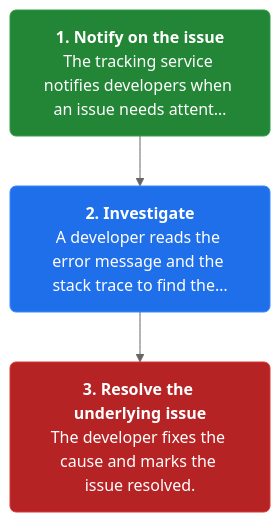
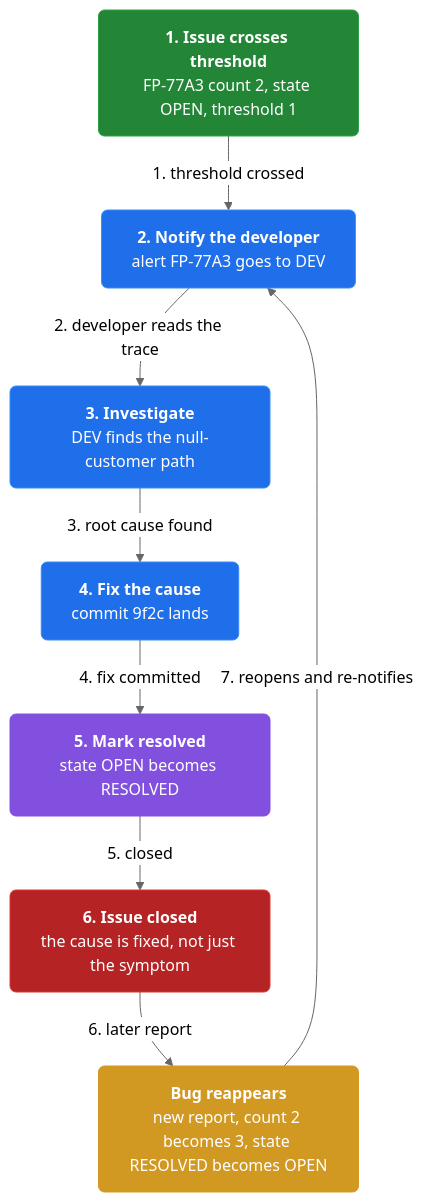
The fourth of 4 diagrams in docs/ch34-exception-tracking.md (vinayakuber/microservices-io-study-guide), drawn with Mermaid (neutral theme) before and after one commit. The commit also changed other lines of this file and 46 other files, not shown here.

First line of the commit message:
Author rich branching flow diagrams for all 44 chapters

````diff
--- a/docs/ch34-exception-tracking.md
+++ b/docs/ch34-exception-tracking.md
@@ -131,11 +161,22 @@
 ```mermaid
 flowchart TD
-  classDef step fill:#1f6feb,color:#ffffff,stroke:#388bfd,stroke-width:1px,rx:6
+  classDef step fill:#1f6feb,color:#ffffff,stroke:#388bfd,rx:6
+  classDef core fill:#8250df,color:#ffffff,stroke:#8250df,rx:6
+  classDef warn fill:#d29922,color:#ffffff,stroke:#d29922,rx:6
   classDef start fill:#238636,color:#ffffff,stroke:#2ea043,rx:6
   classDef stop fill:#b62324,color:#ffffff,stroke:#da3633,rx:6
-  s3n0["<b>1. Notify on the issue</b><br/>The tracking service notifies developers when an issue needs attent…"]:::start
-  s3n1["<b>2. Investigate</b><br/>A developer reads the error message and the stack trace to find the…"]:::step
-  s3n2["<b>3. Resolve the underlying issue</b><br/>The developer fixes the cause and marks the issue resolved."]:::stop
-  s3n0 --> s3n1
-  s3n1 --> s3n2
+n0["<b>1. Issue crosses threshold</b><br/>FP-77A3 count 2, state OPEN, threshold 1"]:::start
+  n1["<b>2. Notify the developer</b><br/>alert FP-77A3 goes to DEV"]:::step
+  n2["<b>3. Investigate</b><br/>DEV finds the null-customer path"]:::step
+  n3["<b>4. Fix the cause</b><br/>commit 9f2c lands"]:::step
+  n4["<b>5. Mark resolved</b><br/>state OPEN becomes RESOLVED"]:::core
+  n5["<b>6. Issue closed</b><br/>the cause is fixed, not just the symptom"]:::stop
+  n6["<b>Bug reappears</b><br/>new report, count 2 becomes 3, state RESOLVED becomes OPEN"]:::warn
+  n0 -->|"1. threshold crossed"| n1
+  n1 -->|"2. developer reads the trace"| n2
+  n2 -->|"3. root cause found"| n3
+  n3 -->|"4. fix committed"| n4
+  n4 -->|"5. closed"| n5
+  n5 -->|"6. later report"| n6
+  n6 -->|"7. reopens and re-notifies"| n1
 ```
````
